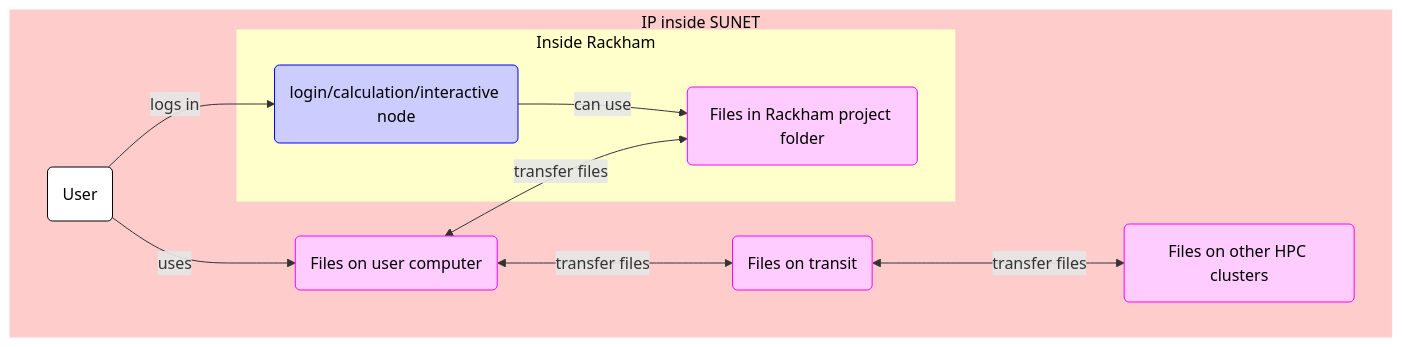
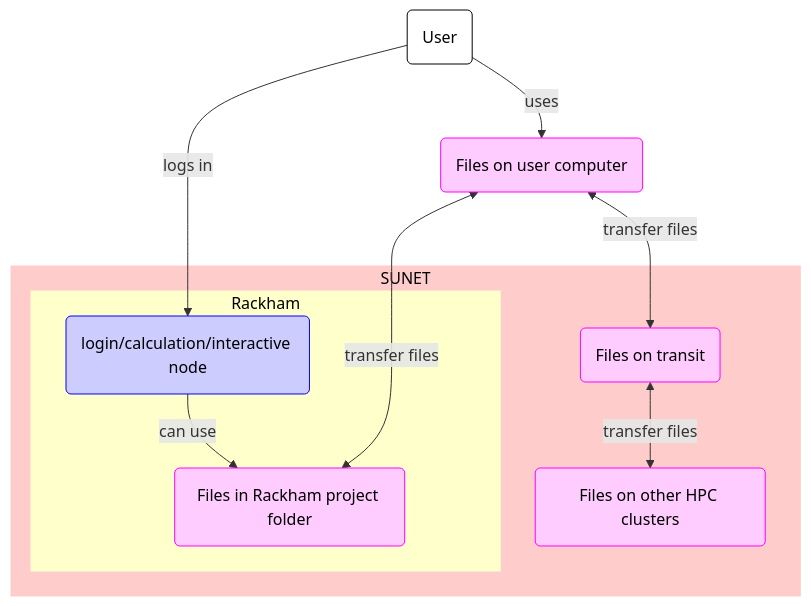
One commit to UPPMAX/UPPMAX-documentation changed the second of 2 diagrams in docs/cluster_guides/rackham_file_transfer_using_gui.md. Above: the diagram before and after it, drawn with Mermaid. The commit also changed other lines of this file, not shown here.

Commit message:
Correct folder when doing file transfer to/from Rackham

````diff
--- a/docs/cluster_guides/rackham_file_transfer_using_gui.md
+++ b/docs/cluster_guides/rackham_file_transfer_using_gui.md
@@ -166,33 +154,34 @@
 ```mermaid
 flowchart TD
 
     %% Give a white background to all nodes, instead of a transparent one
     classDef node fill:#fff,color:#000,stroke:#000
 
     %% Graph nodes for files and calculations
     classDef file_node fill:#fcf,color:#000,stroke:#f0f
     classDef calculation_node fill:#ccf,color:#000,stroke:#00f
 
-    subgraph sub_inside[IP inside SUNET]
-      subgraph sub_rackham_shared_env[Inside Rackham]
+    user(User)
+      user_local_files(Files on user computer):::file_node
+
+    subgraph sub_inside[SUNET]
+      subgraph sub_rackham_shared_env[Rackham]
           login_node(login/calculation/interactive node):::calculation_node
           files_in_rackham_project(Files in Rackham project folder):::file_node
       end
-      user(User)
-      user_local_files(Files on user computer):::file_node
       files_on_transit(Files on transit):::file_node
       files_on_other_clusters(Files on other HPC clusters):::file_node
     end
 
     %% Shared subgraph color scheme
     %% style sub_outside fill:#ccc,color:#000,stroke:#ccc
     style sub_inside fill:#fcc,color:#000,stroke:#fcc
     style sub_rackham_shared_env fill:#ffc,color:#000,stroke:#ffc
 
     user --> |logs in |login_node
     user --> |uses| user_local_files
     user_local_files <--> |transfer files|files_on_transit
     files_on_transit <--> |transfer files|files_on_other_clusters
     login_node --> |can use|files_in_rackham_project
     user_local_files <--> |transfer files|files_in_rackham_project
 ```
````
